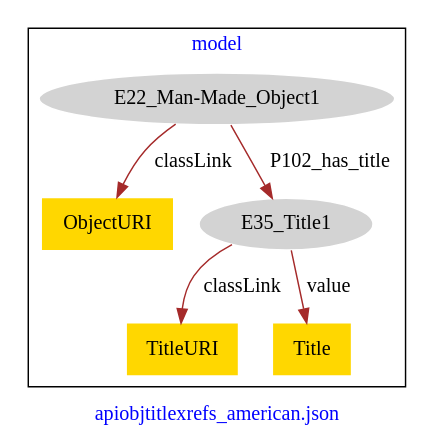
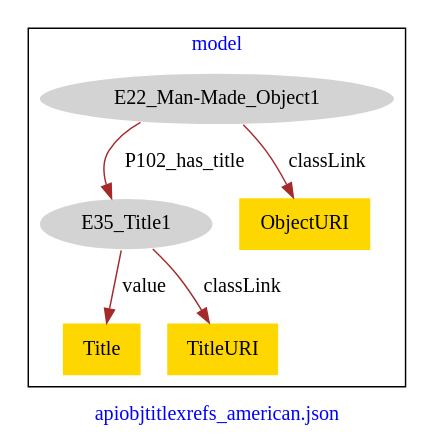
Before and after one commit to american-art/PUAM: the diagram in apiobjtitlexrefs_american/apiobjtitlexrefs_american-unknown_title-model.dot, drawn with Graphviz.

Commit message:
Update file apiobjtitlexrefs_american-unknown_title-model.dot

```diff
--- a/apiobjtitlexrefs_american/apiobjtitlexrefs_american-unknown_title-model.dot
+++ b/apiobjtitlexrefs_american/apiobjtitlexrefs_american-unknown_title-model.dot
@@ -1,17 +1,17 @@
 digraph n0 {
 fontcolor="blue"
 remincross="true"
 label="apiobjtitlexrefs_american.json"
 subgraph cluster {
 label="model"
 n2[style="filled",color="white",fillcolor="lightgray",label="E22_Man-Made_Object1"];
-n3[shape="plaintext",style="filled",fillcolor="gold",label="ObjectURI"];
-n4[style="filled",color="white",fillcolor="lightgray",label="E35_Title1"];
+n3[style="filled",color="white",fillcolor="lightgray",label="E35_Title1"];
+n4[shape="plaintext",style="filled",fillcolor="gold",label="Title"];
 n5[shape="plaintext",style="filled",fillcolor="gold",label="TitleURI"];
-n6[shape="plaintext",style="filled",fillcolor="gold",label="Title"];
+n6[shape="plaintext",style="filled",fillcolor="gold",label="ObjectURI"];
 }
-n2 -> n3[color="brown",fontcolor="black",label="classLink"]
-n2 -> n4[color="brown",fontcolor="black",label="P102_has_title"]
-n4 -> n5[color="brown",fontcolor="black",label="classLink"]
-n4 -> n6[color="brown",fontcolor="black",label="value"]
+n2 -> n3[color="brown",fontcolor="black",label="P102_has_title"]
+n3 -> n4[color="brown",fontcolor="black",label="value"]
+n3 -> n5[color="brown",fontcolor="black",label="classLink"]
+n2 -> n6[color="brown",fontcolor="black",label="classLink"]
 }
```
